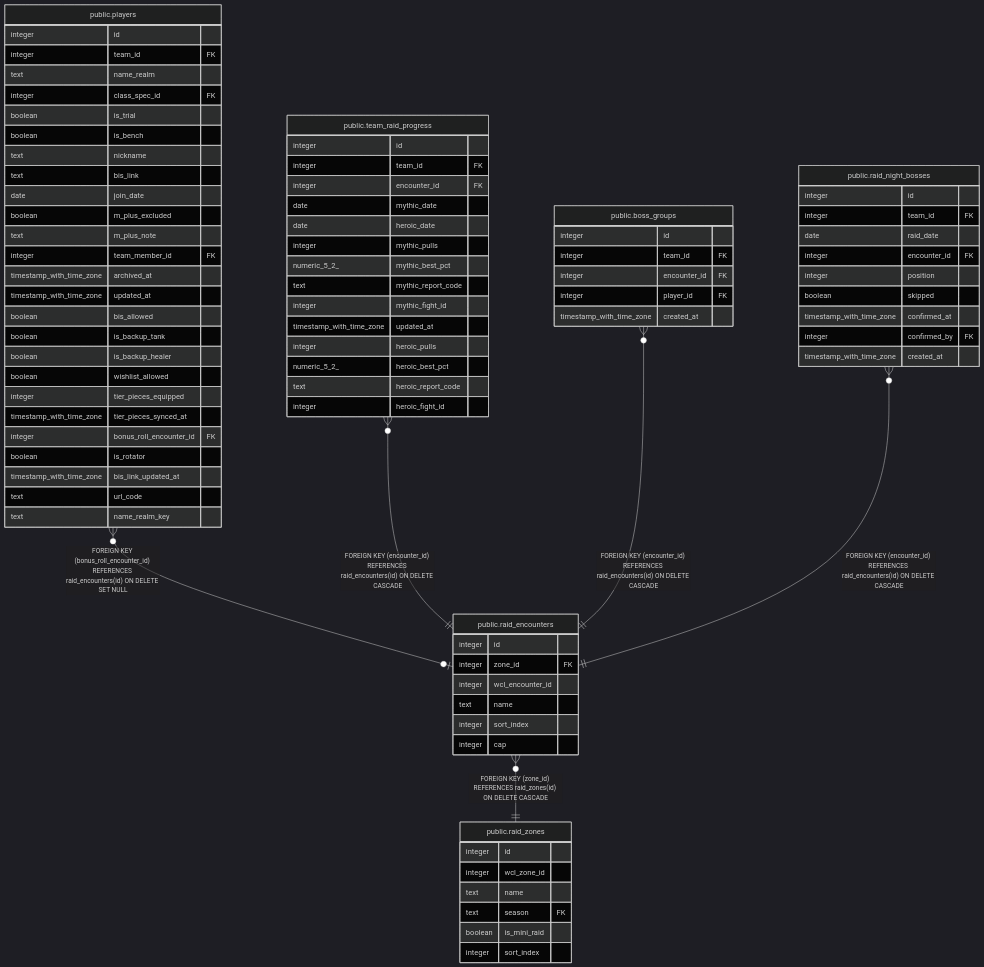
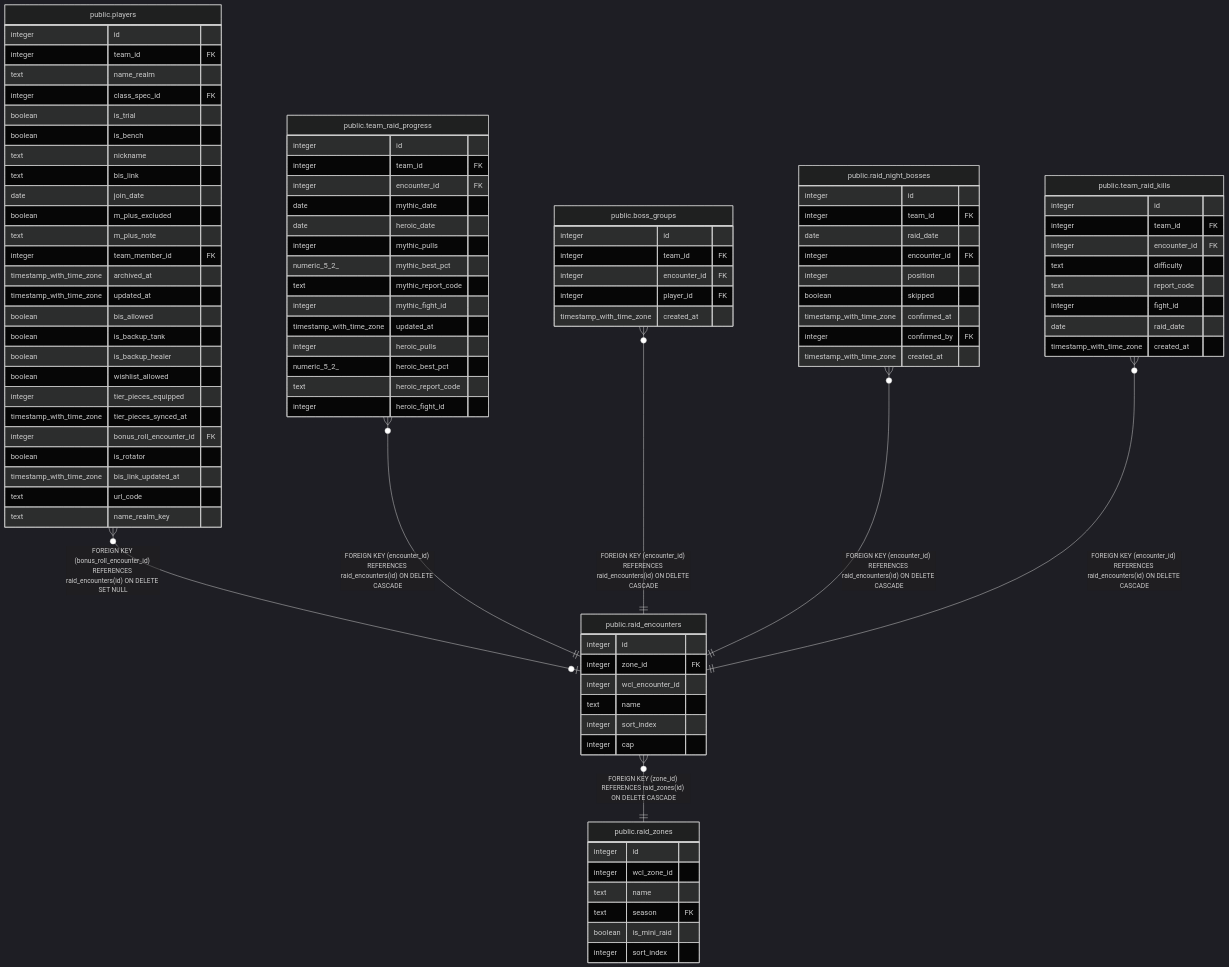
One commit to katogaming88/WGA-Raid-Hub changed the diagram in dbdoc/public.raid_encounters.md. Above: the diagram before and after it, drawn with Mermaid (dark theme). The commit also changed other lines of this file and 14 other files, not shown here.

```diff
--- a/dbdoc/public.raid_encounters.md
+++ b/dbdoc/public.raid_encounters.md
@@ -36,6 +36,7 @@
 "public.team_raid_progress" }o--|| "public.raid_encounters" : "FOREIGN KEY (encounter_id) REFERENCES raid_encounters(id) ON DELETE CASCADE"
 "public.boss_groups" }o--|| "public.raid_encounters" : "FOREIGN KEY (encounter_id) REFERENCES raid_encounters(id) ON DELETE CASCADE"
 "public.raid_night_bosses" }o--|| "public.raid_encounters" : "FOREIGN KEY (encounter_id) REFERENCES raid_encounters(id) ON DELETE CASCADE"
+"public.team_raid_kills" }o--|| "public.raid_encounters" : "FOREIGN KEY (encounter_id) REFERENCES raid_encounters(id) ON DELETE CASCADE"
 "public.raid_encounters" }o--|| "public.raid_zones" : "FOREIGN KEY (zone_id) REFERENCES raid_zones(id) ON DELETE CASCADE"
 
 "public.raid_encounters" {
@@ -107,6 +108,16 @@
   integer confirmed_by FK
   timestamp_with_time_zone created_at
 }
+"public.team_raid_kills" {
+  integer id
+  integer team_id FK
+  integer encounter_id FK
+  text difficulty
+  text report_code
+  integer fight_id
+  date raid_date
+  timestamp_with_time_zone created_at
+}
 "public.raid_zones" {
   integer id
   integer wcl_zone_id
```
